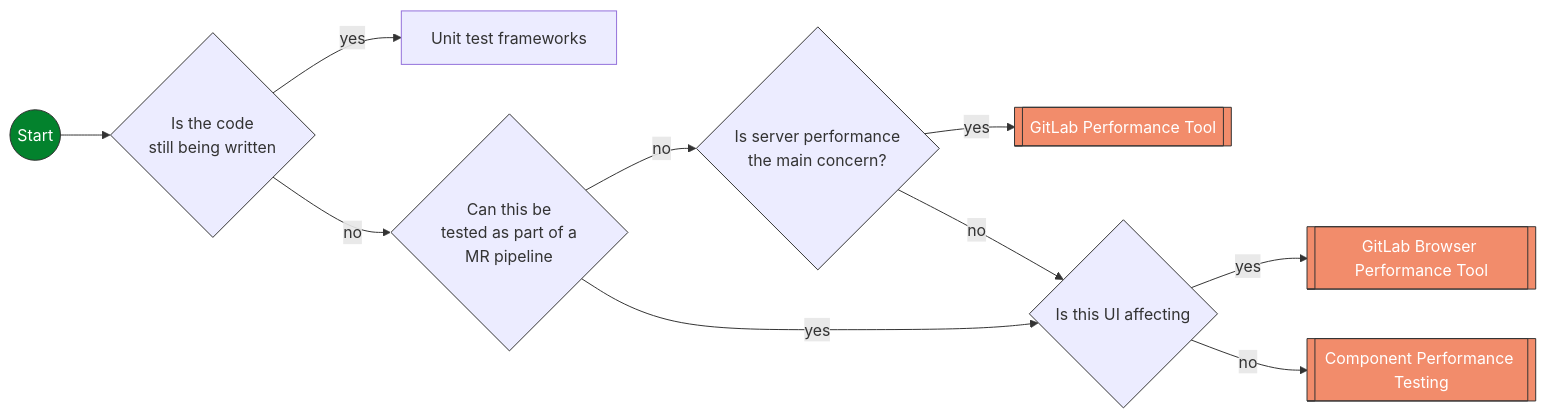
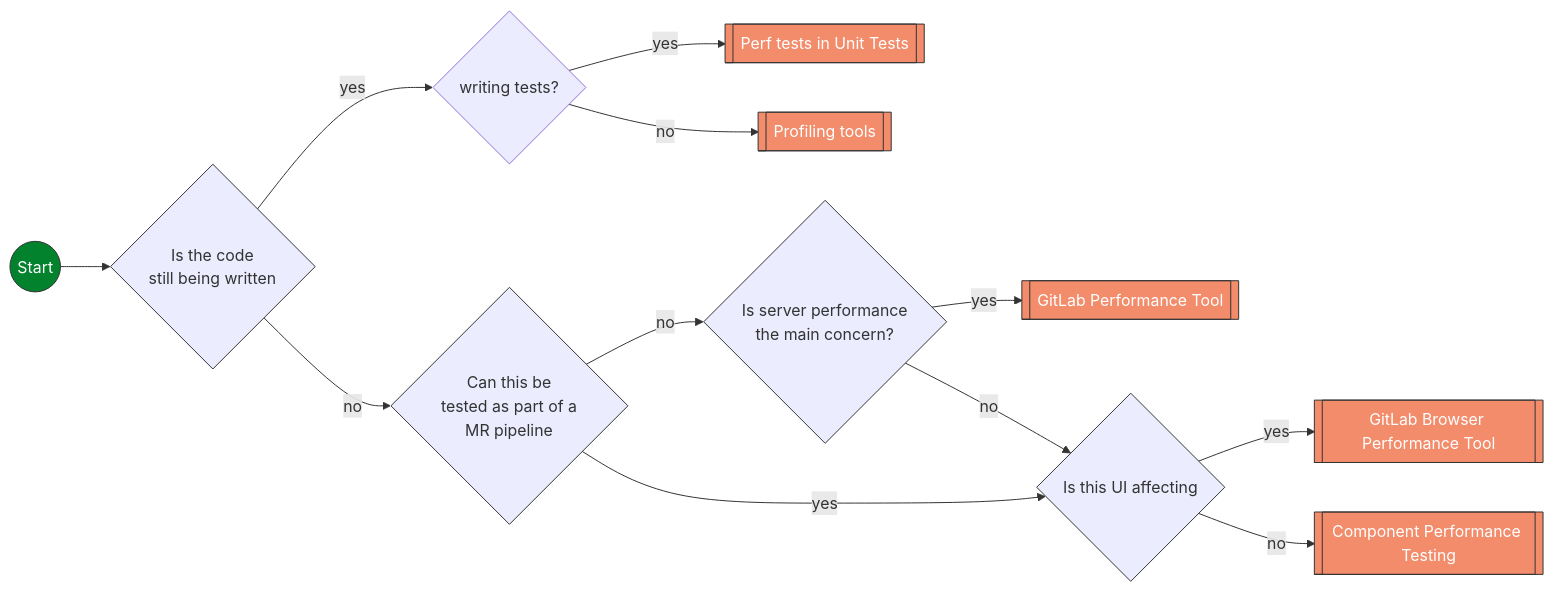
One commit to zalyoung/gitlab-handbook changed the diagram in content/handbook/engineering/testing/performance.md. Above: the diagram before and after it, drawn with Mermaid.

Commit message:
Enhancing decision tree

````diff
--- a/content/handbook/engineering/testing/performance.md
+++ b/content/handbook/engineering/testing/performance.md
@@ -9,37 +9,42 @@
 ```mermaid
 flowchart LR
   START((Start))
   GPT[[GitLab Performance Tool]]
   GBPT[[GitLab Browser Performance Tool]]
   CPT[[Component Performance Testing]]
-  UNIT[Unit test frameworks]
+  UNIT[[Perf tests in Unit Tests]]
+  PROFILE[[Profiling tools]]
+  SPECS{writing tests?}
   BUILT{Is the code\nstill being written}
   CODE{Can this be\ntested as part of a\nMR pipeline}
   UI{Is this UI affecting}
   ENV{Is server performance\nthe main concern?}
 
   START --> BUILT
   BUILT -- no --> CODE
-  BUILT -- yes --> UNIT
+  BUILT -- yes --> SPECS
+  SPECS -- yes --> UNIT
+  SPECS -- no --> PROFILE
 
   CODE -- yes --> UI
   CODE -- no --> ENV
 
   UI -- yes --> GBPT
   UI -- no --> CPT
 
   ENV -- yes --> GPT
   ENV -- no --> UI
 
   classDef decision fill:##f5f7f6,stroke:#333,stroke-width:1px,rx:5px;
   classDef tool fill:#F28C6B,stroke:#333,stroke-width:1px,color:white,rx:5px;
   classDef start fill:#03822d,stroke:#333,stroke-width:1px,color:white,rx:10px;
 
   class UI,ENV,CODE,BUILT decision;
-  class GBPT,CPT,GPT tool;
+  class GBPT,CPT,GPT,PROFILE,UNIT tool;
   class START start;
 
   click GPT "#system-level-load-testing"
   click GBPT "#client-side-performance-testing"
   click CPT "#component-performance-testing"
+  click PROFILE "#profiling"
 ```
````
